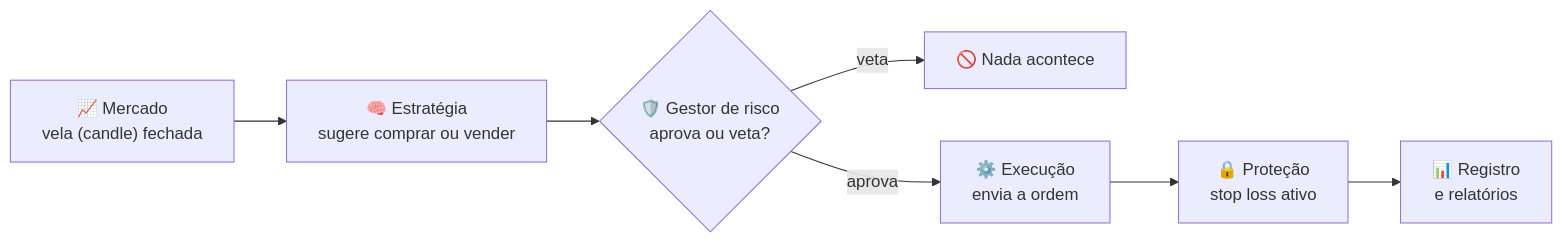
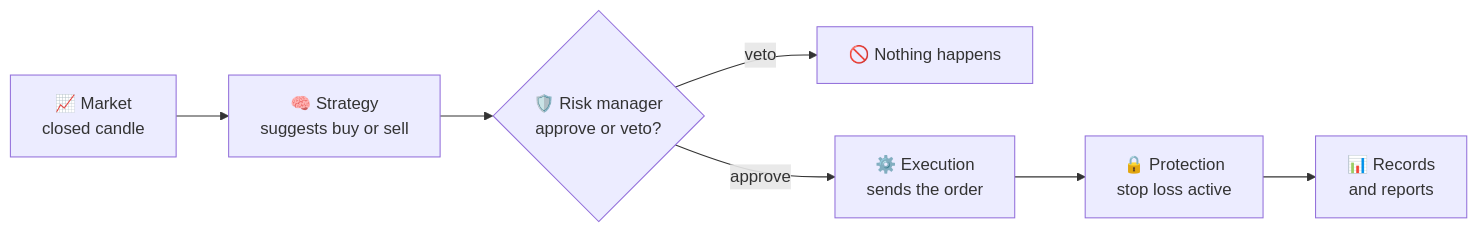
The diagram in README.md (jacksonn455/cripto-bot-backend), drawn with Mermaid before and after one commit. The commit also changed other lines of this file and 1 other file, not shown here.

````diff
--- a/README.md
+++ b/README.md
@@ -25,9 +32,9 @@
 ```mermaid
 flowchart LR
-    A["📈 Mercado<br/>vela (candle) fechada"] --> B["🧠 Estratégia<br/>sugere comprar ou vender"]
-    B --> C{"🛡️ Gestor de risco<br/>aprova ou veta?"}
-    C -- "veta" --> Z["🚫 Nada acontece"]
-    C -- "aprova" --> D["⚙️ Execução<br/>envia a ordem"]
-    D --> E["🔒 Proteção<br/>stop loss ativo"]
-    E --> F["📊 Registro<br/>e relatórios"]
+    A["📈 Market<br/>closed candle"] --> B["🧠 Strategy<br/>suggests buy or sell"]
+    B --> C{"🛡️ Risk manager<br/>approve or veto?"}
+    C -- "veto" --> Z["🚫 Nothing happens"]
+    C -- "approve" --> D["⚙️ Execution<br/>sends the order"]
+    D --> E["🔒 Protection<br/>stop loss active"]
+    E --> F["📊 Records<br/>and reports"]
 ```
````
